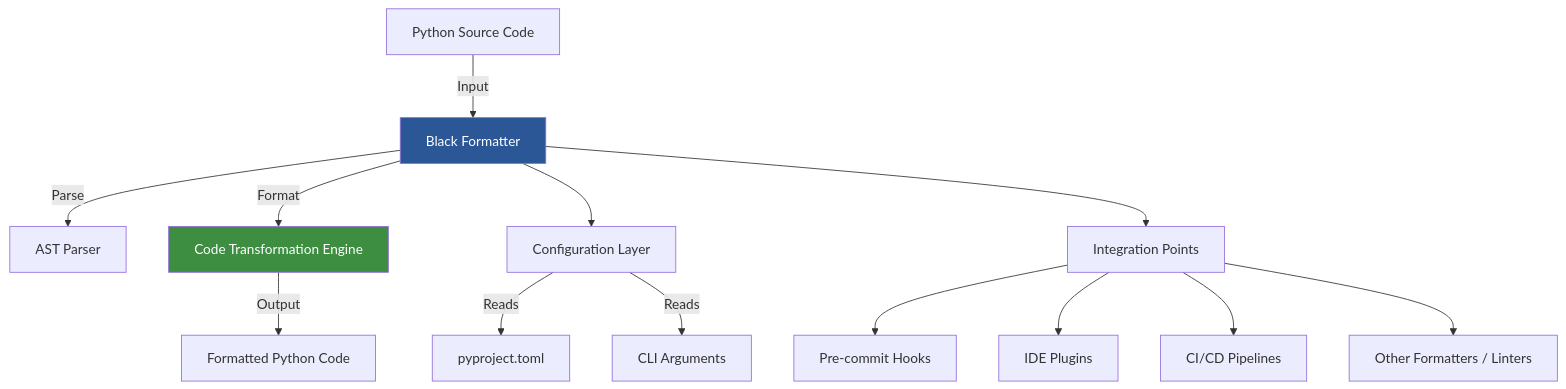
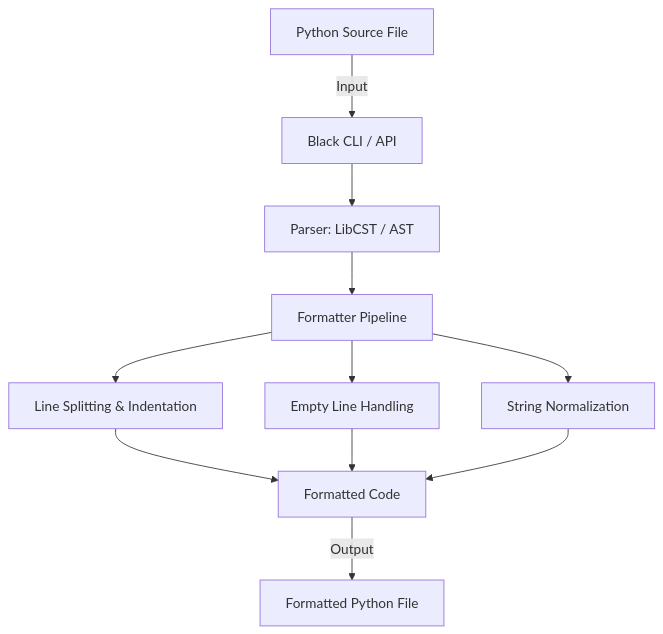
The diagram in PROJECT_README.md (audoclyphia-evals/black), drawn with Mermaid before and after one commit. The commit also changed other lines of this file and 14 other files, not shown here.

````diff
--- a/PROJECT_README.md
+++ b/PROJECT_README.md
@@ -9,20 +11,13 @@
 ```mermaid
 graph TD
-    A[Python Source Code] -->|Input| B[Black Formatter]
-    B -->|Parse| C[AST Parser]
-    B -->|Format| D[Code Transformation Engine]
-    D -->|Output| E[Formatted Python Code]
-    
-    B --> F[Configuration Layer]
-    F -->|Reads| G[pyproject.toml]
-    F -->|Reads| H[CLI Arguments]
-    
-    B --> I[Integration Points]
-    I --> J[Pre-commit Hooks]
-    I --> K[IDE Plugins]
-    I --> L[CI/CD Pipelines]
-    I --> M[Other Formatters / Linters]
-    
-    style B fill:#2b5797,color:#fff
-    style D fill:#3e8e41,color:#fff
+    A[Python Source File] -->|Input| B[Black CLI / API]
+    B --> C[Parser: LibCST / AST]
+    C --> D[Formatter Pipeline]
+    D --> E[Line Splitting & Indentation]
+    D --> F[Empty Line Handling]
+    D --> G[String Normalization]
+    E --> H[Formatted Code]
+    F --> H
+    G --> H
+    H -->|Output| I[Formatted Python File]
 ```
````
